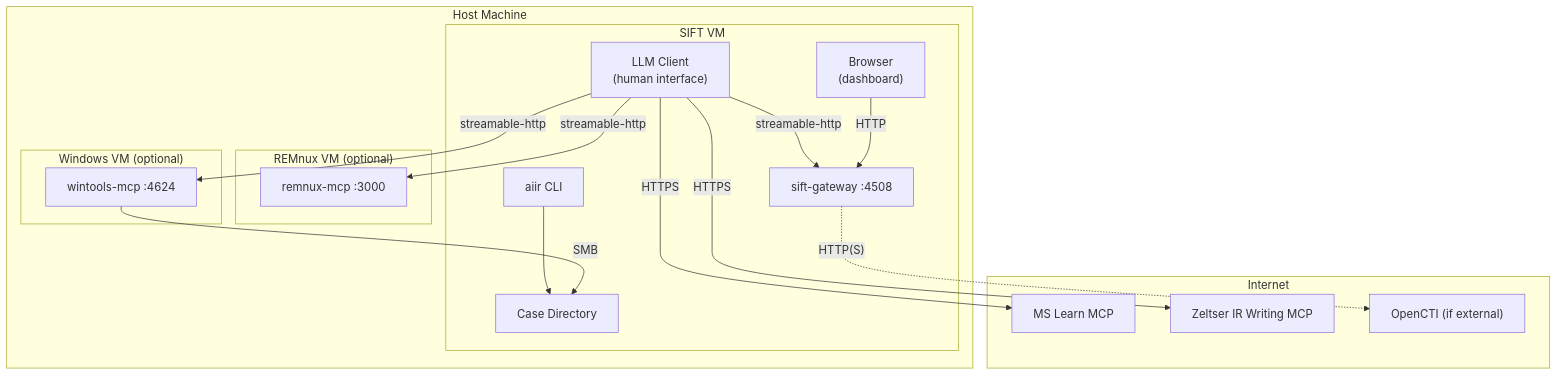
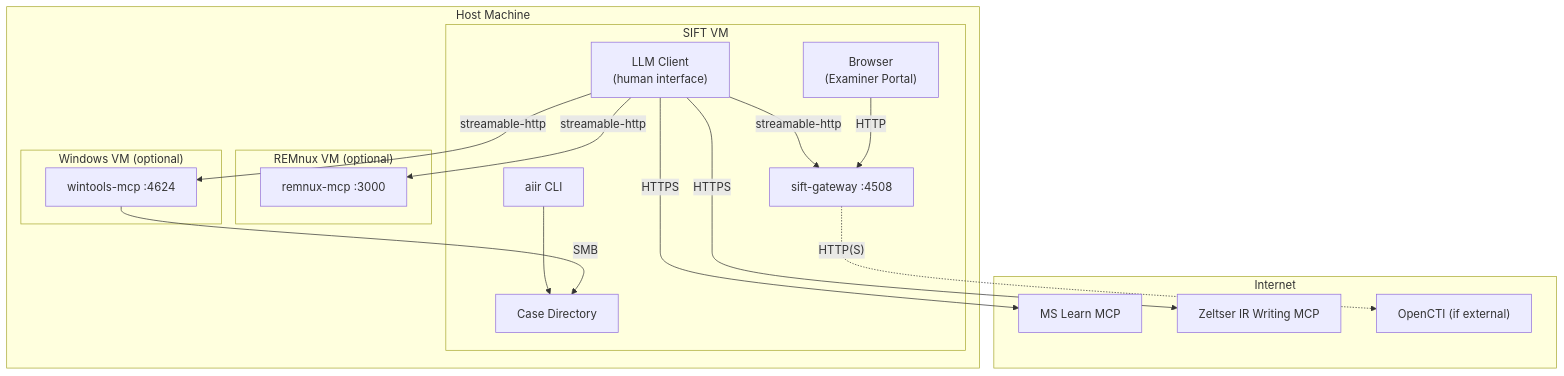
Before and after one commit to AppliedIR/aiir: the third of 6 diagrams in README.md, drawn with Mermaid. The commit also changed other lines of this file and 2 other files, not shown here.

Commit message:
aiir portal opens /portal/, aiir dashboard opens /dashboard/ (v1)

````diff
--- a/README.md
+++ b/README.md
@@ -135,38 +135,38 @@
 ```mermaid
 graph TB
     subgraph host ["Host Machine"]
         subgraph sift ["SIFT VM"]
             CC["LLM Client<br/>(human interface)"]
-            BR["Browser<br/>(dashboard)"]
+            BR["Browser<br/>(Examiner Portal)"]
             CLI["aiir CLI"]
             GW["sift-gateway :4508"]
             CASE["Case Directory"]
 
             CC -->|"streamable-http"| GW
             BR -->|"HTTP"| GW
             CLI --> CASE
         end
 
         subgraph remnux ["REMnux VM (optional)"]
             RAPI["remnux-mcp :3000"]
         end
 
         subgraph winbox ["Windows VM (optional)"]
             WAPI["wintools-mcp :4624"]
         end
 
         CC -->|"streamable-http"| RAPI
         CC -->|"streamable-http"| WAPI
         WAPI -->|"SMB"| CASE
     end
 
     subgraph internet ["Internet"]
         ML["MS Learn MCP"]
         ZE["Zeltser IR Writing MCP"]
         OCTI["OpenCTI (if external)"]
     end
 
     CC -->|"HTTPS"| ML
     CC -->|"HTTPS"| ZE
     GW -.->|"HTTP(S)"| OCTI
 ```
````
